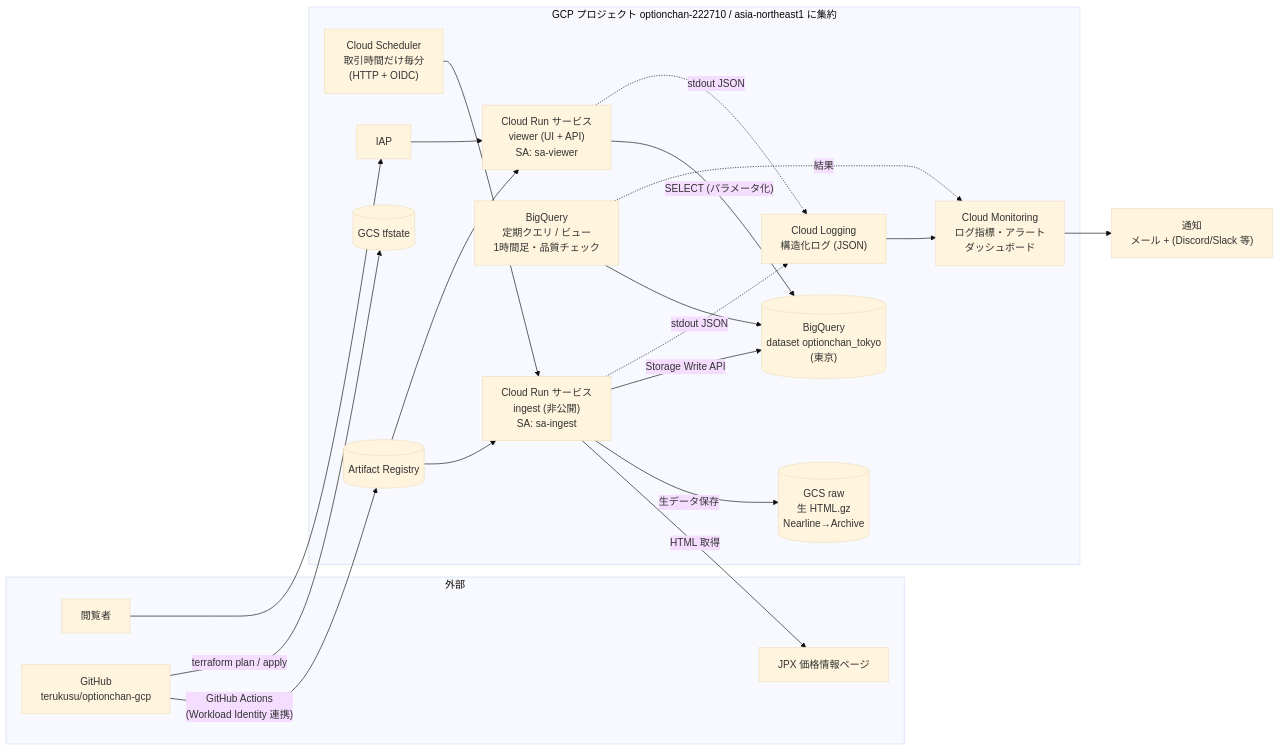
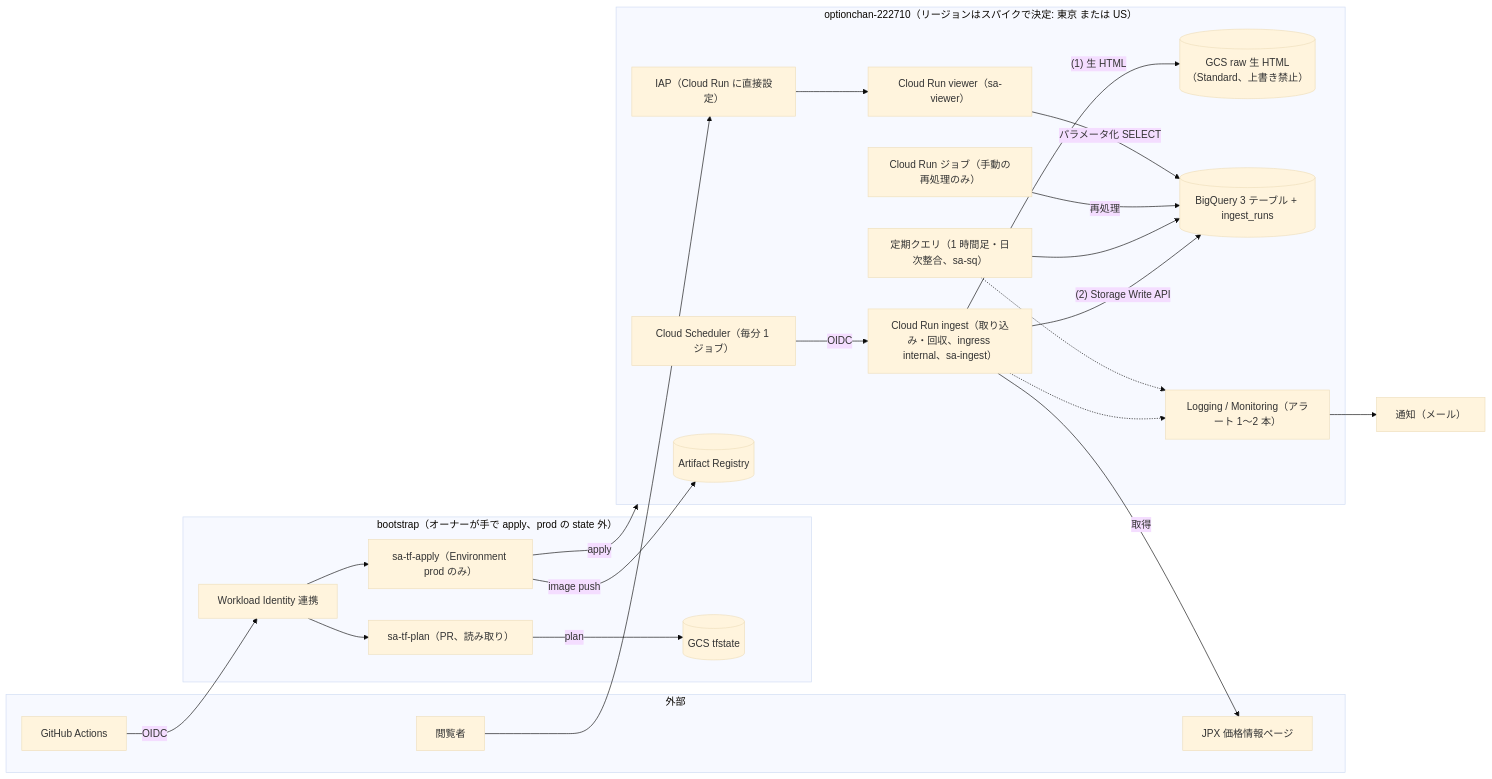
Before and after one commit to terukusu/optionchan-gcp: the diagram in docs/architecture/target.md, drawn with Mermaid (base theme). The commit also changed other lines of this file and 1 other file, not shown here.

````diff
--- a/docs/architecture/target.md
+++ b/docs/architecture/target.md
@@ -23,40 +24,49 @@
 ```mermaid
 flowchart LR
-    subgraph EXT[外部]
+    subgraph EXT["外部"]
         JPX["JPX 価格情報ページ"]
         USER["閲覧者"]
-        GH["GitHub<br/>terukusu/optionchan-gcp"]
+        GH["GitHub Actions"]
     end
 
-    subgraph GCP["GCP プロジェクト optionchan-222710 / asia-northeast1 に集約"]
-        SCH["Cloud Scheduler<br/>取引時間だけ毎分<br/>(HTTP + OIDC)"]
-        ING["Cloud Run サービス<br/>ingest (非公開)<br/>SA: sa-ingest"]
-        RAW[("GCS raw<br/>生 HTML.gz<br/>Nearline→Archive")]
-        BQ[("BigQuery<br/>dataset optionchan_tokyo<br/>(東京)")]
-        SQ["BigQuery<br/>定期クエリ / ビュー<br/>1時間足・品質チェック"]
-        VIEW["Cloud Run サービス<br/>viewer (UI + API)<br/>SA: sa-viewer"]
-        IAP["IAP"]
-        AR[("Artifact Registry")]
-        MON["Cloud Monitoring<br/>ログ指標・アラート<br/>ダッシュボード"]
-        LOG["Cloud Logging<br/>構造化ログ (JSON)"]
+    subgraph BOOT["bootstrap（オーナーが手で apply、prod の state 外）"]
+        WIF["Workload Identity 連携"]
+        TFP["sa-tf-plan（PR、読み取り）"]
+        TFA["sa-tf-apply（Environment prod のみ）"]
         TFS[("GCS tfstate")]
     end
 
-    NOTIFY["通知<br/>メール + (Discord/Slack 等)"]
+    subgraph PROD["optionchan-222710（リージョンはスパイクで決定: 東京 または US）"]
+        SCH["Cloud Scheduler（毎分 1 ジョブ）"]
+        ING["Cloud Run ingest（取り込み・回収、ingress internal、sa-ingest）"]
+        RAW[("GCS raw 生 HTML（Standard、上書き禁止）")]
+        BQ[("BigQuery 3 テーブル + ingest_runs")]
+        SQ["定期クエリ（1 時間足・日次整合、sa-sq）"]
+        JOB["Cloud Run ジョブ（手動の再処理のみ）"]
+        IAP["IAP（Cloud Run に直接設定）"]
+        VIEW["Cloud Run viewer（sa-viewer）"]
+        AR[("Artifact Registry")]
+        MON["Logging / Monitoring（アラート 1〜2 本）"]
+    end
 
-    SCH --> ING
-    ING -- "HTML 取得" --> JPX
-    ING -- "生データ保存" --> RAW
-    ING -- "Storage Write API" --> BQ
+    MAIL["通知（メール）"]
+
+    SCH -- "OIDC" --> ING
+    ING -- "取得" --> JPX
+    ING -- "(1) 生 HTML" --> RAW
+    ING -- "(2) Storage Write API" --> BQ
     SQ --> BQ
+    JOB -- "再処理" --> BQ
     USER --> IAP --> VIEW
-    VIEW -- "SELECT (パラメータ化)" --> BQ
+    VIEW -- "パラメータ化 SELECT" --> BQ
+    ING -.-> MON
+    SQ -.-> MON
+    MON --> MAIL
 
-    ING & VIEW -. "stdout JSON" .-> LOG --> MON
-    SQ -. "結果" .-> MON
-    MON --> NOTIFY
-
-    GH -- "GitHub Actions<br/>(Workload Identity 連携)" --> AR
-    GH -- "terraform plan / apply" --> TFS
-    AR --> ING & VIEW
+    GH -- "OIDC" --> WIF
+    WIF --> TFP
+    WIF --> TFA
+    TFP -- "plan" --> TFS
+    TFA -- "image push" --> AR
+    TFA -- "apply" --> PROD
 ```
````
